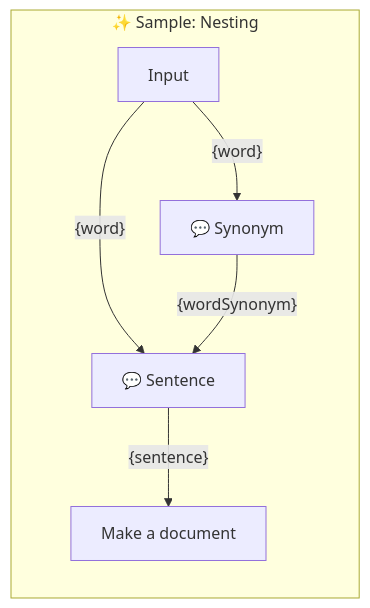
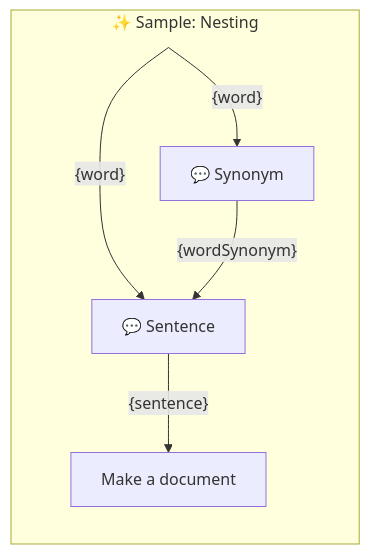
Before and after one commit to webgptorg/promptbook: the diagram in samples/templates/50-nesting.ptbk.md, drawn with Mermaid. The commit also changed 16 other files, not shown here.

Commit message:
Auto-generated Mermaid graphs of promptboks

````diff
--- a/samples/templates/50-nesting.ptbk.md
+++ b/samples/templates/50-nesting.ptbk.md
@@ -15,25 +15,21 @@
 ```mermaid
 %% 🔮 Tip: Open this on GitHub or in the VSCode website to see the Mermaid graph visually
 
 flowchart LR
-    subgraph "✨ Sample: Nesting"
+  subgraph "✨ Sample: Nesting"
 
-        direction TB
+      direction TB
 
-        input[Input]
+      input[Input]:::hidden
+      templateSynonym[💬 Synonym]
+      input--"{word}"-->templateSynonym
+      templateSentence[💬 Sentence]
+      input--"{word}"-->templateSentence
+      templateSynonym--"{wordSynonym}"-->templateSentence
+      templateMakeADocument[Make a document]
+      templateSentence--"{sentence}"-->templateMakeADocument
 
+      classDef hidden display: none;
 
-        templateSynonym[💬 Synonym]
-        input--"{word}"-->templateSynonym
-        templateSentence[💬 Sentence]
-        input--"{word}"-->templateSentence
-        templateSynonym--"{wordSynonym}"-->templateSentence
-        templateMakeADocument[Make a document]
-        templateSentence--"{sentence}"-->templateMakeADocument
-
-
-
-
-
-    end
+  end;
 ```
````
